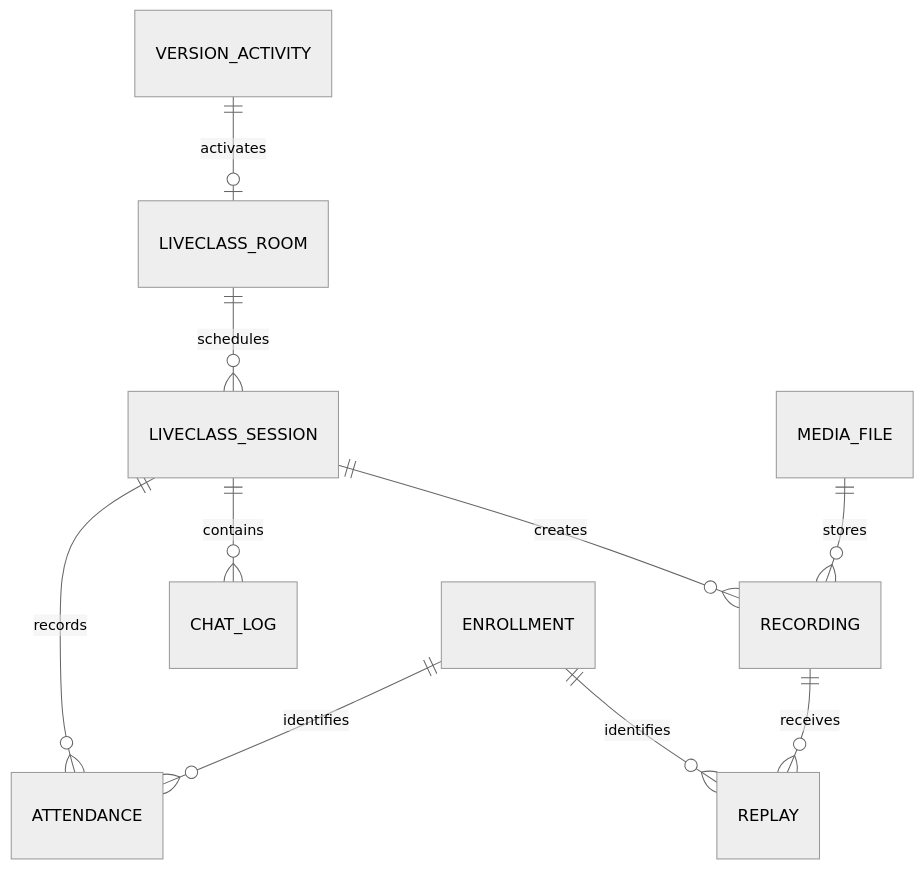
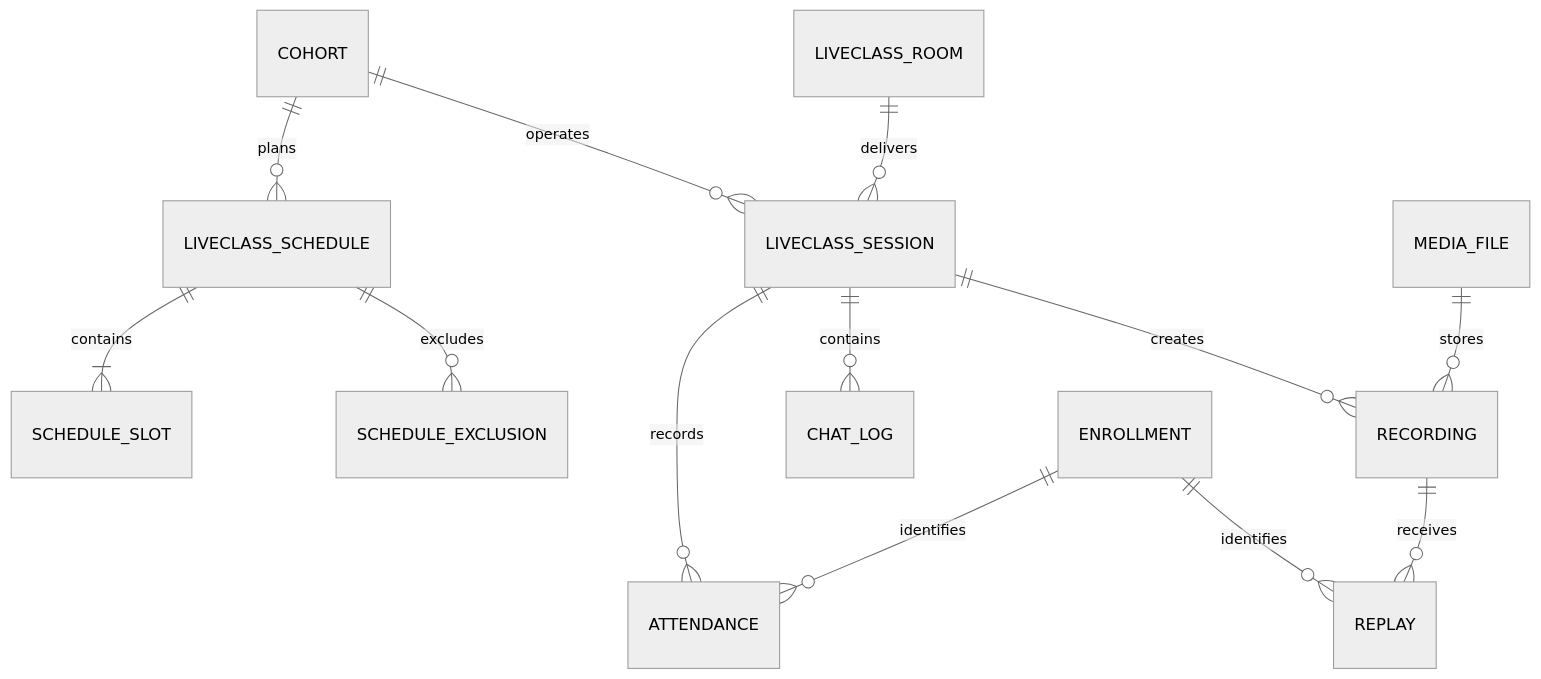
One commit to tiemtt-ai/lf changed the first of 2 diagrams in docs/database/liveclass/README.md. Above: the diagram before and after it, drawn with Mermaid (neutral theme). The commit also changed other lines of this file and 37 other files, not shown here.

````diff
--- a/docs/database/liveclass/README.md
+++ b/docs/database/liveclass/README.md
@@ -61,12 +66,15 @@
 ```mermaid
 erDiagram
-    VERSION_ACTIVITY ||--o| LIVECLASS_ROOM : activates
-    LIVECLASS_ROOM ||--o{ LIVECLASS_SESSION : schedules
+    COHORT ||--o{ LIVECLASS_SCHEDULE : plans
+    LIVECLASS_SCHEDULE ||--|{ SCHEDULE_SLOT : contains
+    LIVECLASS_SCHEDULE ||--o{ SCHEDULE_EXCLUSION : excludes
+    COHORT ||--o{ LIVECLASS_SESSION : operates
+    LIVECLASS_ROOM ||--o{ LIVECLASS_SESSION : delivers
     LIVECLASS_SESSION ||--o{ ATTENDANCE : records
     LIVECLASS_SESSION ||--o{ CHAT_LOG : contains
     LIVECLASS_SESSION ||--o{ RECORDING : creates
     MEDIA_FILE ||--o{ RECORDING : stores
     RECORDING ||--o{ REPLAY : receives
     ENROLLMENT ||--o{ ATTENDANCE : identifies
     ENROLLMENT ||--o{ REPLAY : identifies
 ```
````
